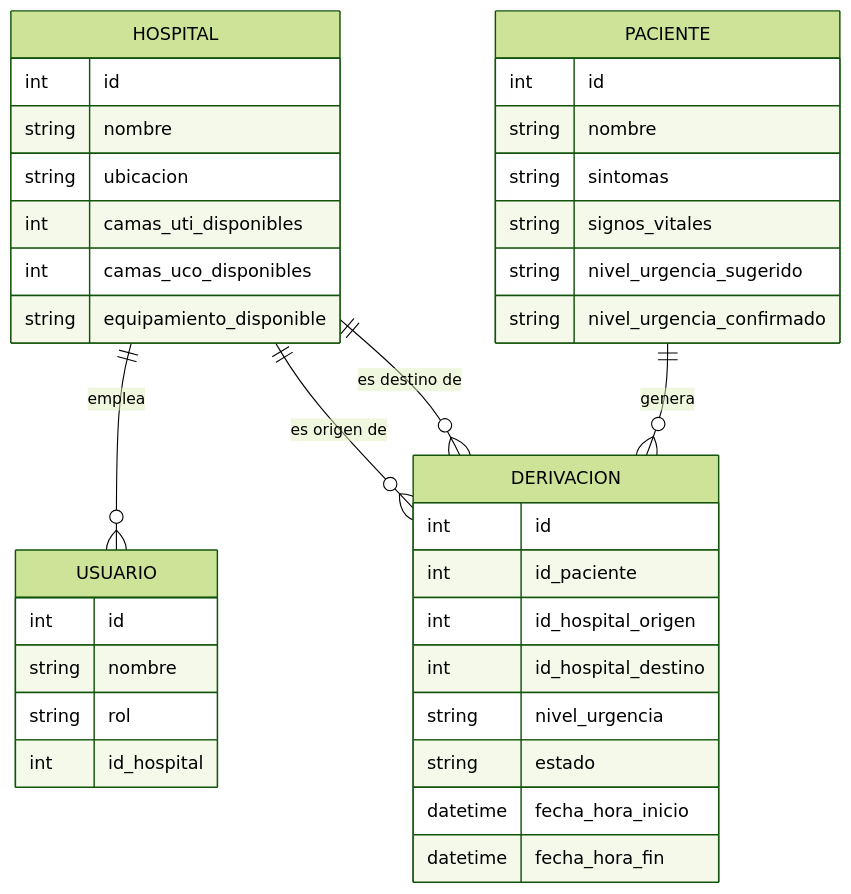
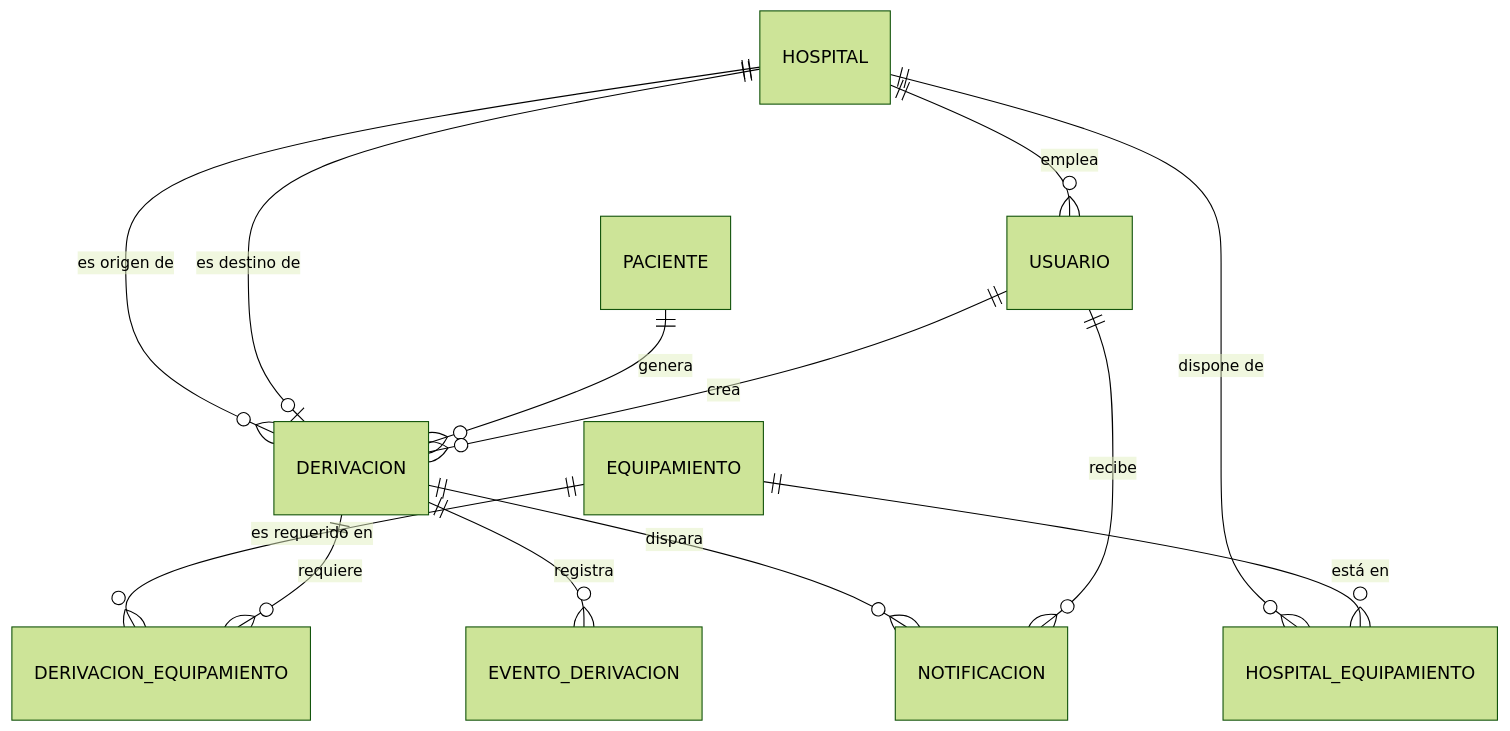
Before and after one commit to MateoDip/CareRoute: the diagram in README.md, drawn with Mermaid (forest theme). The commit also changed other lines of this file, not shown here.

````diff
--- a/README.md
+++ b/README.md
@@ -91,40 +92,15 @@
 ```mermaid
 erDiagram
     HOSPITAL ||--o{ USUARIO : "emplea"
     HOSPITAL ||--o{ DERIVACION : "es origen de"
-    HOSPITAL ||--o{ DERIVACION : "es destino de"
+    HOSPITAL ||--o| DERIVACION : "es destino de"
+    HOSPITAL ||--o{ HOSPITAL_EQUIPAMIENTO : "dispone de"
+    EQUIPAMIENTO ||--o{ HOSPITAL_EQUIPAMIENTO : "está en"
+    EQUIPAMIENTO ||--o{ DERIVACION_EQUIPAMIENTO : "es requerido en"
     PACIENTE ||--o{ DERIVACION : "genera"
-
-    HOSPITAL {
-        int id
-        string nombre
-        string ubicacion
-        int camas_uti_disponibles
-        int camas_uco_disponibles
-        string equipamiento_disponible
-    }
-    USUARIO {
-        int id
-        string nombre
-        string rol
-        int id_hospital
-    }
-    PACIENTE {
-        int id
-        string nombre
-        string sintomas
-        string signos_vitales
-        string nivel_urgencia_sugerido
-        string nivel_urgencia_confirmado
-    }
-    DERIVACION {
-        int id
-        int id_paciente
-        int id_hospital_origen
-        int id_hospital_destino
-        string nivel_urgencia
-        string estado
-        datetime fecha_hora_inicio
-        datetime fecha_hora_fin
-    }
+    USUARIO ||--o{ DERIVACION : "crea"
+    DERIVACION ||--o{ DERIVACION_EQUIPAMIENTO : "requiere"
+    DERIVACION ||--o{ EVENTO_DERIVACION : "registra"
+    DERIVACION ||--o{ NOTIFICACION : "dispara"
+    USUARIO ||--o{ NOTIFICACION : "recibe"
 ```
````
